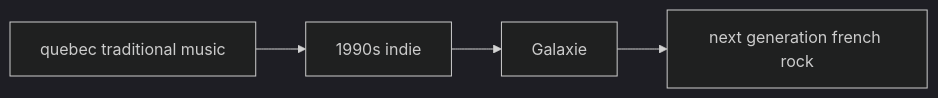
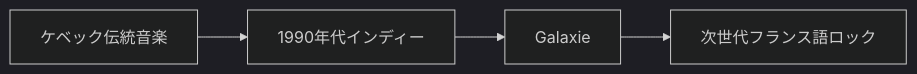
Before and after one commit to monumental-movement/monumental-movement.github.io: the seventh of 8 diagrams in en/_posts/2026-05-07-column-galaxie.md, drawn with Mermaid (dark theme). The commit also changed other lines of this file and 2196 other files, not shown here.

```diff
--- a/en/_posts/2026-05-07-column-galaxie.md
+++ b/en/_posts/2026-05-07-column-galaxie.md
@@ -428,6 +428,6 @@
 <div class="mermaid">
 flowchart LR
-A[quebec traditional music] --> B[1990s indie]
+A[ケベック伝統音楽] --> B[1990年代インディー]
 B --> C[Galaxie]
-C --> D[next generation french rock]
+C --> D[次世代フランス語ロック]
 </div>
```
